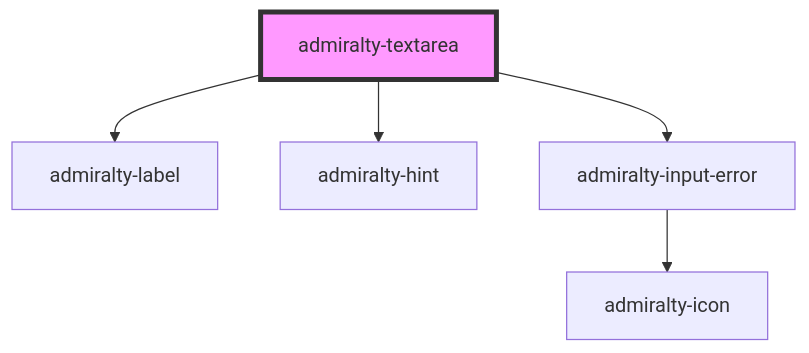
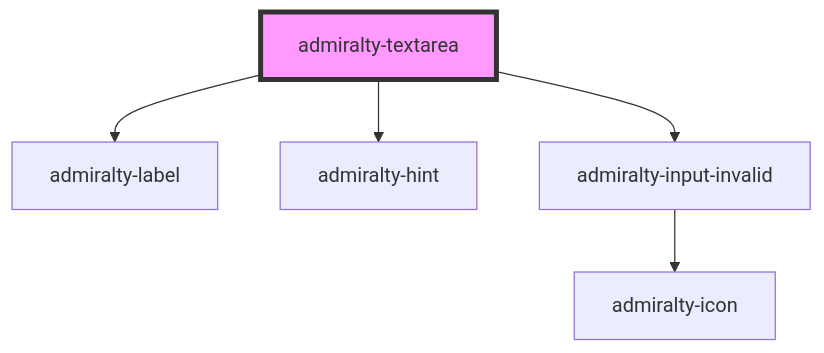
The diagram in packages/core/src/components/textarea/readme.md (UKHO/admiralty-design-system), drawn with Mermaid before and after one commit. The commit also changed other lines of this file and 26 other files, not shown here.

Commit message:
Rename admiralty-input-error to admiralty-input-invalid

````diff
--- a/packages/core/src/components/textarea/readme.md
+++ b/packages/core/src/components/textarea/readme.md
@@ -39,8 +37,8 @@
 ```mermaid
 graph TD;
   admiralty-textarea --> admiralty-label
   admiralty-textarea --> admiralty-hint
-  admiralty-textarea --> admiralty-input-error
-  admiralty-input-error --> admiralty-icon
+  admiralty-textarea --> admiralty-input-invalid
+  admiralty-input-invalid --> admiralty-icon
   style admiralty-textarea fill:#f9f,stroke:#333,stroke-width:4px
 ```
````
